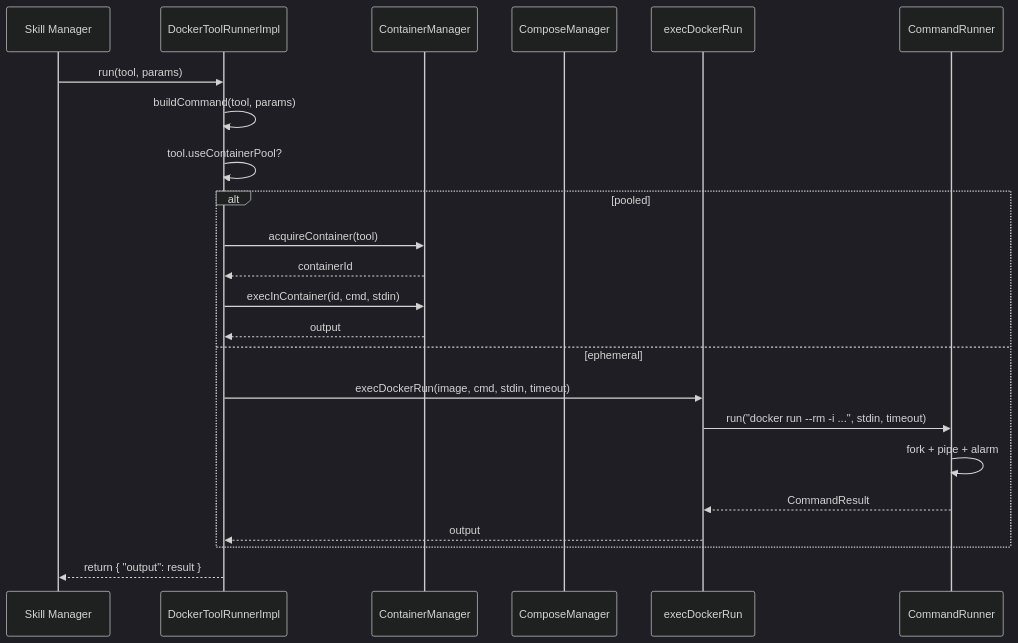
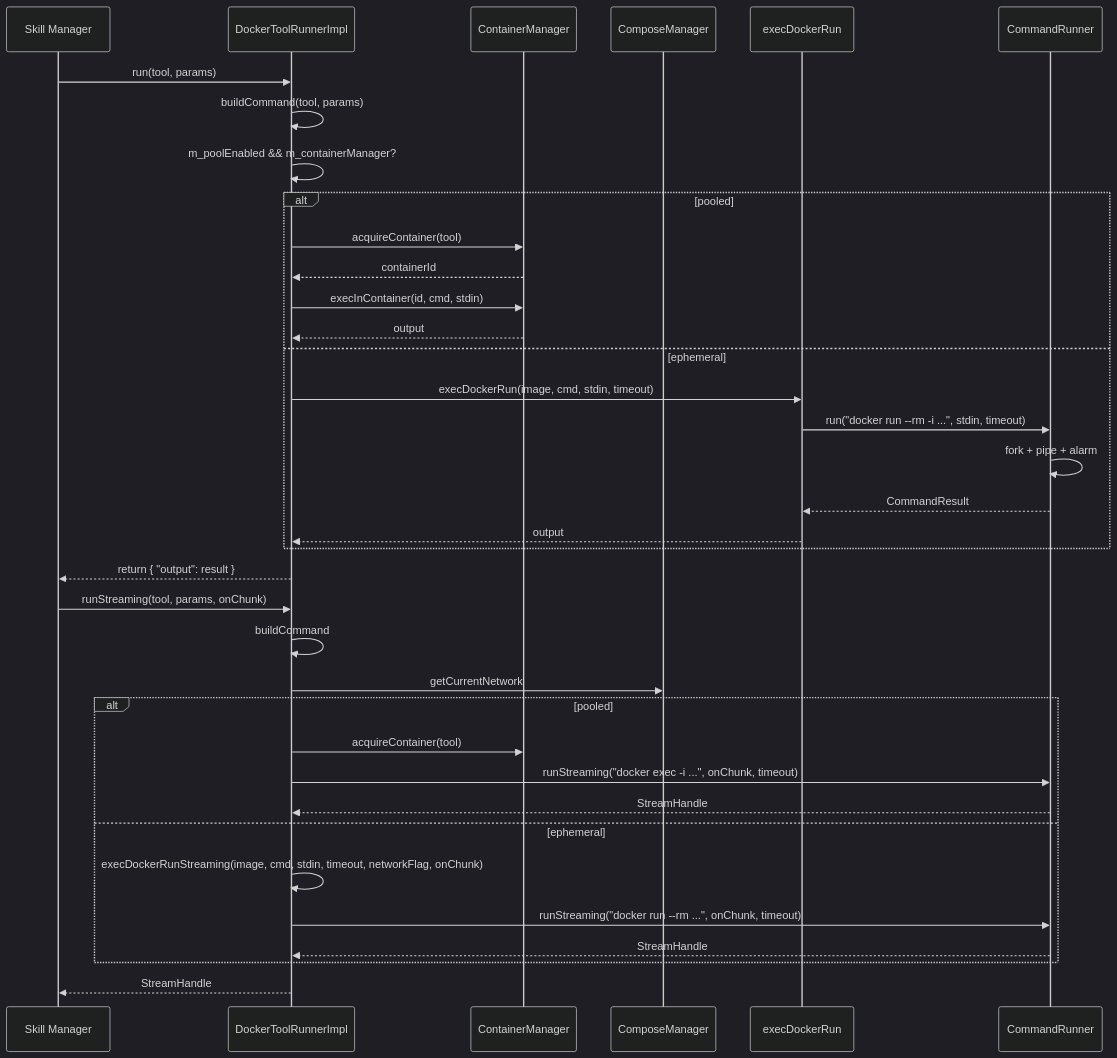
The second of 2 diagrams in src/docker/docker_tool_runner.spec.md (opensassi/a0), drawn with Mermaid (dark theme) before and after one commit. The commit also changed other lines of this file and 28 other files, not shown here.

````diff
--- a/src/docker/docker_tool_runner.spec.md
+++ b/src/docker/docker_tool_runner.spec.md
@@ -109,26 +146,40 @@
 ```mermaid
 sequenceDiagram
     participant S as Skill Manager
     participant DTR as DockerToolRunnerImpl
     participant CM as ContainerManager
     participant CompM as ComposeManager
     participant EDR as execDockerRun
     participant CR as CommandRunner
 
     S->>DTR: run(tool, params)
     DTR->>DTR: buildCommand(tool, params)
-    DTR->>DTR: tool.useContainerPool?
+    DTR->>DTR: m_poolEnabled && m_containerManager?
     alt pooled
         DTR->>CM: acquireContainer(tool)
         CM-->>DTR: containerId
         DTR->>CM: execInContainer(id, cmd, stdin)
         CM-->>DTR: output
     else ephemeral
         DTR->>EDR: execDockerRun(image, cmd, stdin, timeout)
         EDR->>CR: run("docker run --rm -i ...", stdin, timeout)
         CR->>CR: fork + pipe + alarm
         CR-->>EDR: CommandResult
         EDR-->>DTR: output
     end
     DTR-->>S: return { "output": result }
+
+    S->>DTR: runStreaming(tool, params, onChunk)
+    DTR->>DTR: buildCommand
+    DTR->>CompM: getCurrentNetwork
+    alt pooled
+        DTR->>CM: acquireContainer(tool)
+        DTR->>CR: runStreaming("docker exec -i ...", onChunk, timeout)
+        CR-->>DTR: StreamHandle
+    else ephemeral
+        DTR->>DTR: execDockerRunStreaming(image, cmd, stdin, timeout, networkFlag, onChunk)
+        DTR->>CR: runStreaming("docker run --rm ...", onChunk, timeout)
+        CR-->>DTR: StreamHandle
+    end
+    DTR-->>S: StreamHandle
 ```
````
